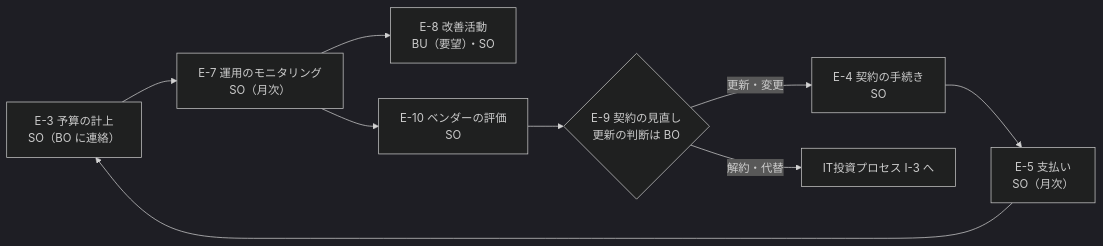
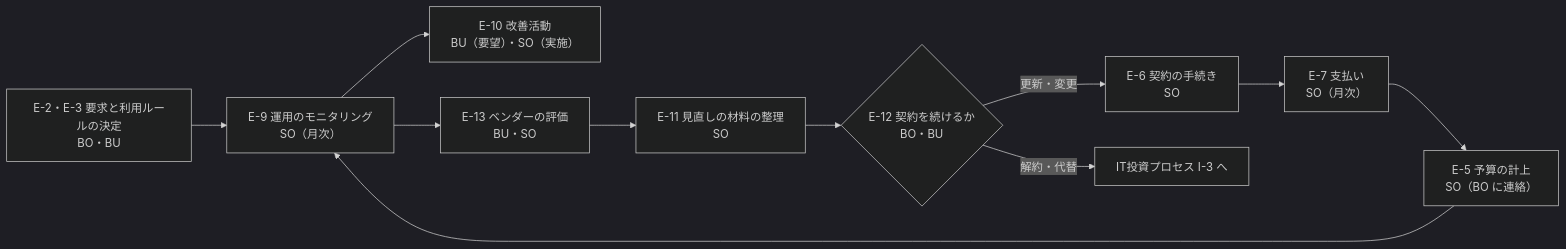
The second of 2 diagrams in budget-transfer/appendix/01-post-transfer-operating-model.md (hiroyasu-komaki/temp), drawn with Mermaid (dark theme) before and after one commit. The commit also changed other lines of this file and 19 other files, not shown here.

````diff
--- a/budget-transfer/appendix/01-post-transfer-operating-model.md
+++ b/budget-transfer/appendix/01-post-transfer-operating-model.md
@@ -150,11 +200,13 @@
 ```mermaid
 flowchart LR
-    E3["E-3 予算の計上<br/>SO（BO に連絡）"] --> E7["E-7 運用のモニタリング<br/>SO（月次）"]
-    E7 --> E8["E-8 改善活動<br/>BU（要望）・SO"]
-    E7 --> E10["E-10 ベンダーの評価<br/>SO"]
-    E10 --> E9{"E-9 契約の見直し<br/>更新の判断は BO"}
-    E9 -- 更新・変更 --> E4["E-4 契約の手続き<br/>SO"]
-    E9 -- 解約・代替 --> I3["IT投資プロセス I-3 へ"]
-    E4 --> E5["E-5 支払い<br/>SO（月次）"]
-    E5 --> E3
+    E2["E-2・E-3 要求と利用ルールの決定<br/>BO・BU"] --> E9["E-9 運用のモニタリング<br/>SO（月次）"]
+    E5["E-5 予算の計上<br/>SO（BO に連絡）"] --> E9
+    E9 --> E10["E-10 改善活動<br/>BU（要望）・SO（実施）"]
+    E9 --> E13["E-13 ベンダーの評価<br/>BU・SO"]
+    E13 --> E11["E-11 見直しの材料の整理<br/>SO"]
+    E11 --> E12{"E-12 契約を続けるか<br/>BO・BU"}
+    E12 -- 更新・変更 --> E6["E-6 契約の手続き<br/>SO"]
+    E12 -- 解約・代替 --> I3["IT投資プロセス I-3 へ"]
+    E6 --> E7["E-7 支払い<br/>SO（月次）"]
+    E7 --> E5
 ```
````
